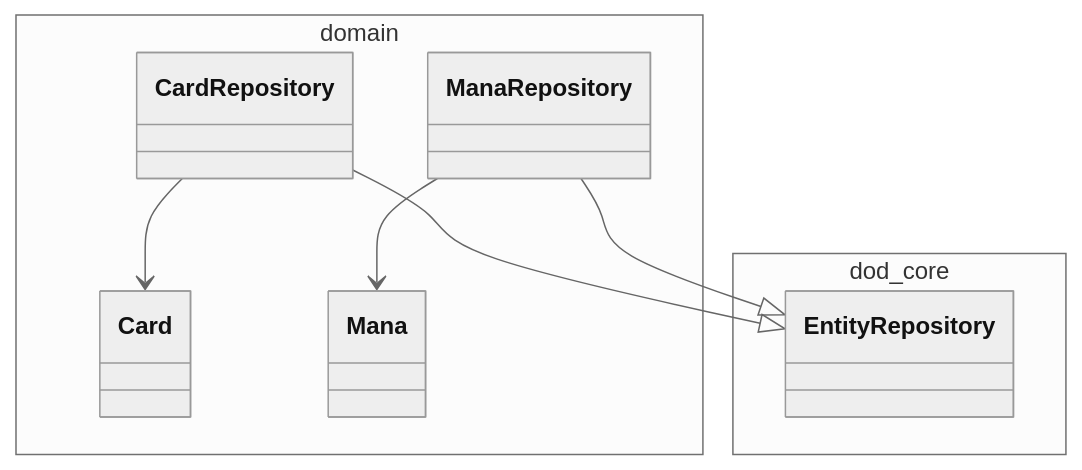
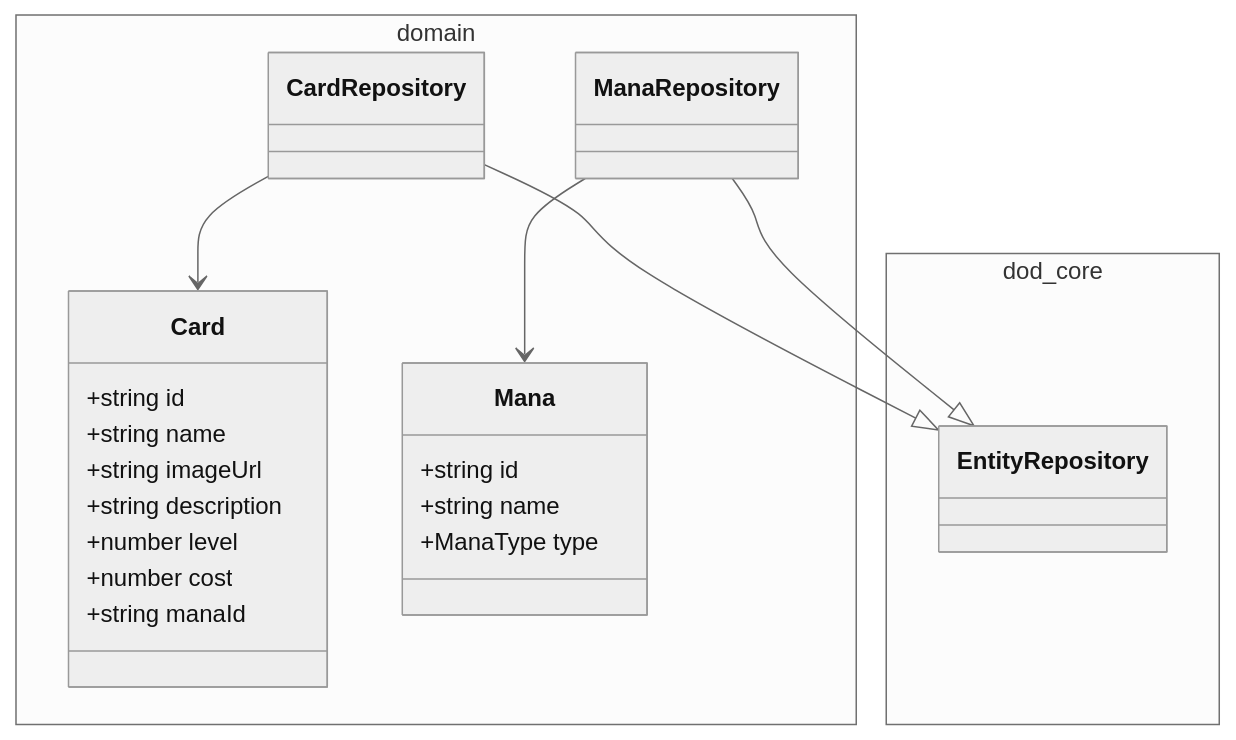
Before and after one commit to pslotinsky/decay-of-magic: the third of 5 diagrams in services/codex-service/README.md, drawn with Mermaid (neutral theme). The commit also changed other lines of this file and 16 other files, not shown here.

Commit message:
DOD-0004: Add class members to Poe class diagram

````diff
--- a/services/codex-service/README.md
+++ b/services/codex-service/README.md
@@ -166,17 +278,29 @@
 ```mermaid
 classDiagram
   namespace domain {
-    class Card
-    class Mana
+    class Card {
+      +string id
+      +string name
+      +string imageUrl
+      +string description
+      +number level
+      +number cost
+      +string manaId
+    }
+    class Mana {
+      +string id
+      +string name
+      +ManaType type
+    }
     class CardRepository
     class ManaRepository
   }
   namespace dod_core {
     class EntityRepository
   }
 
   CardRepository --|> EntityRepository
   CardRepository --> Card
   ManaRepository --|> EntityRepository
   ManaRepository --> Mana
 ```
````
